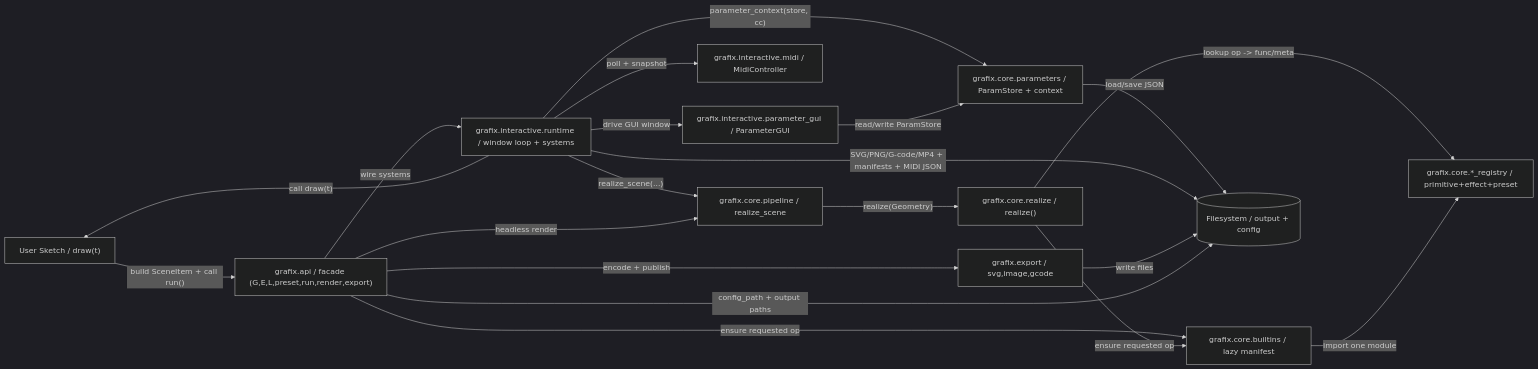
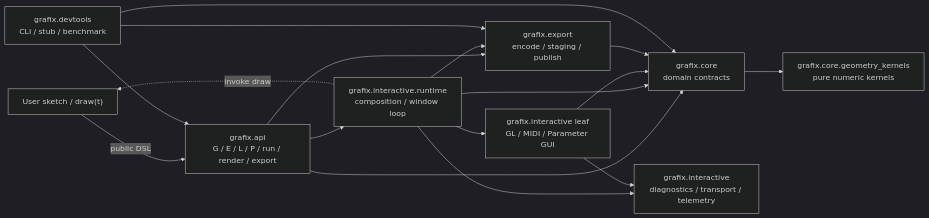
One commit to tyhts0829/grafix changed the first of 13 diagrams in docs/architecture_visualization.md. Above: the diagram before and after it, drawn with Mermaid (dark theme). The commit also changed other lines of this file and 396 other files, not shown here.

````diff
--- a/docs/architecture_visualization.md
+++ b/docs/architecture_visualization.md
@@ -54,41 +14,29 @@
 ```mermaid
 flowchart LR
-    user["User Sketch / draw(t)"]
-    api["grafix.api / facade (G,E,L,preset,run,render,export)"]
-    ir["grafix.interactive.runtime / window loop + systems"]
-    gui["grafix.interactive.parameter_gui / ParameterGUI"]
-    midi["grafix.interactive.midi / MidiController"]
-    pipe["grafix.core.pipeline / realize_scene"]
-    params["grafix.core.parameters / ParamStore + context"]
-    realize["grafix.core.realize / realize()"]
-    reg["grafix.core.*_registry / primitive+effect+preset"]
-    builtins["grafix.core.builtins / lazy manifest"]
-    exp["grafix.export / svg,image,gcode"]
-    fs[(Filesystem / output + config)]
+    sketch["User sketch / draw(t)"]
+    api["grafix.api<br/>G / E / L / P / run / render / export"]
+    core["grafix.core<br/>domain contracts"]
+    kernels["grafix.core.geometry_kernels<br/>pure numeric kernels"]
+    export["grafix.export<br/>encode / staging / publish"]
+    runtime["grafix.interactive.runtime<br/>composition / window loop"]
+    leaf["grafix.interactive leaf<br/>GL / MIDI / Parameter GUI"]
+    neutral["grafix.interactive<br/>diagnostics / transport / telemetry"]
+    tools["grafix.devtools<br/>CLI / stub / benchmark"]
 
-    user -->|"build SceneItem + call run()"| api
-    api -->|"wire systems"| ir
-    ir -->|"call draw(t)"| user
-
-    ir -->|"parameter_context(store, cc)"| params
-    ir -->|"realize_scene(...)"| pipe
-    pipe -->|"realize(Geometry)"| realize
-    realize -->|"lookup op -> func/meta"| reg
-
-    api -->|"ensure requested op"| builtins
-    realize -->|"ensure requested op"| builtins
-    builtins -->|"import one module"| reg
-
-    ir -->|"drive GUI window"| gui
-    gui -->|"read/write ParamStore"| params
-
-    ir -->|"poll + snapshot"| midi
-
-    api -->|"headless render"| pipe
-    api -->|"encode + publish"| exp
-
-    params -->|"load/save JSON"| fs
-    ir -->|"SVG/PNG/G-code/MP4 + manifests + MIDI JSON"| fs
-    exp -->|"write files"| fs
-    api -->|"config_path + output paths"| fs
+    sketch -->|"public DSL"| api
+    api --> core
+    api --> runtime
+    api --> export
+    runtime --> core
+    runtime --> export
+    runtime --> leaf
+    runtime --> neutral
+    leaf --> core
+    leaf --> neutral
+    core --> kernels
+    export --> core
+    tools --> api
+    tools --> core
+    tools --> export
+    runtime -.->|"invoke draw"| sketch
 ```
````
